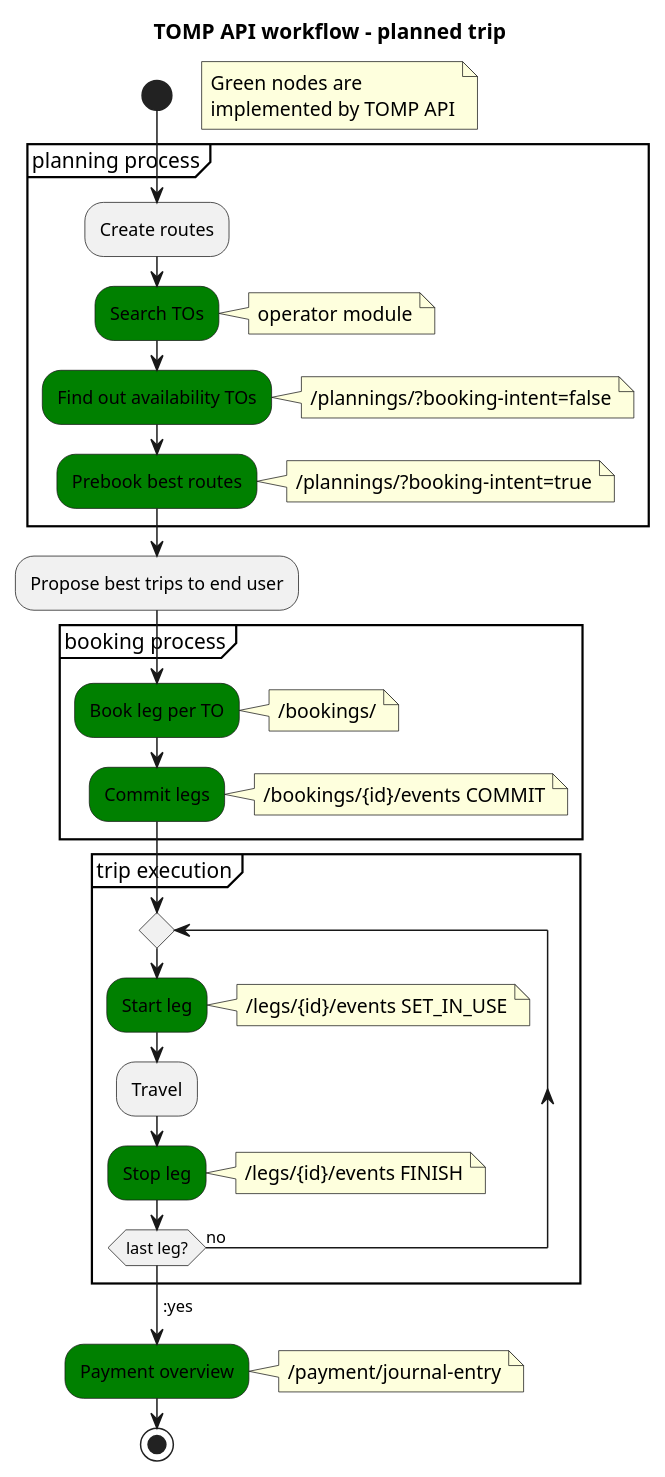
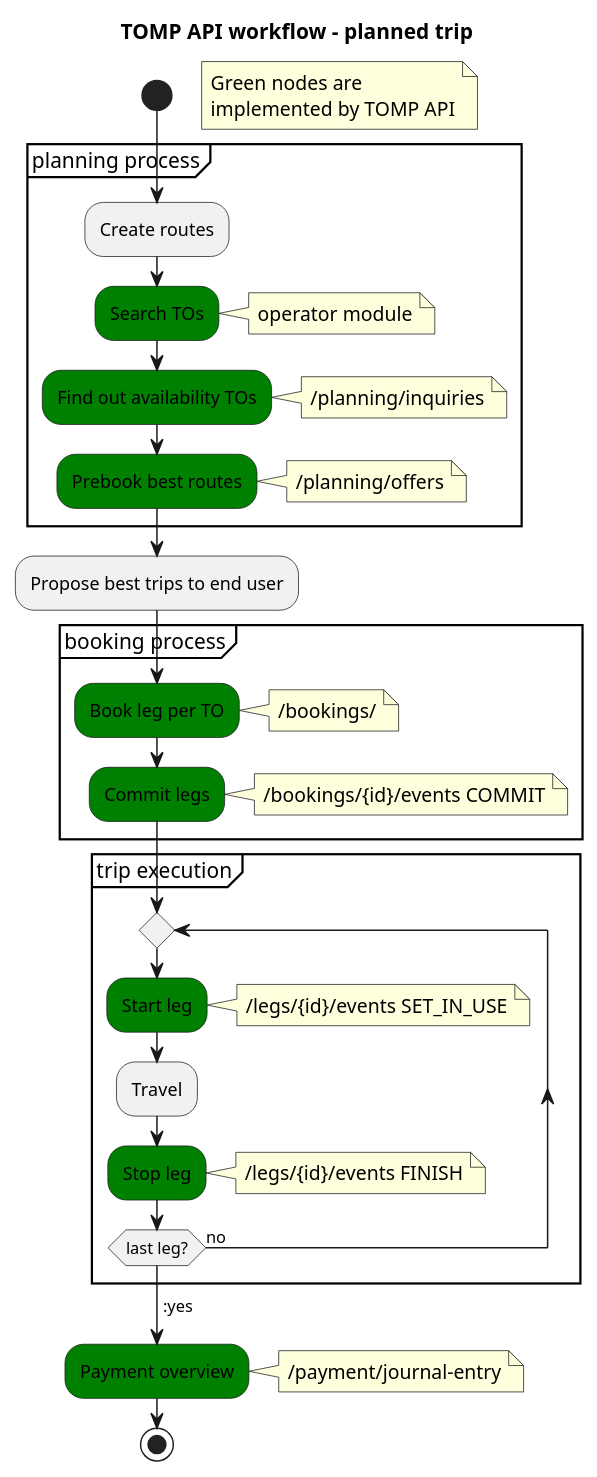
One commit to TOMP-WG/TOMP-API changed the diagram in plantuml/planned-trip-activity-diagram.plantuml. Above: the diagram before and after it, drawn with PlantUML.

Commit message:
plantuml change 1.3.0

```diff
--- a/plantuml/planned-trip-activity-diagram.plantuml
+++ b/plantuml/planned-trip-activity-diagram.plantuml
@@ -1,60 +1,60 @@
-@startuml
+@startuml planned-trip
 
 title TOMP API workflow - planned trip
 
 start
 
 floating note right: Green nodes are \nimplemented by TOMP API
 
 partition "planning process" {
 :Create routes;
 #green:Search TOs;
 note right
   operator module
 end note
 #green:Find out availability TOs;
 note right
-  /plannings/?booking-intent=false
+  /planning/inquiries
 end note
 #green:Prebook best routes;
 note right
-  /plannings/?booking-intent=true
+  /planning/offers
 end note
 }
 
 :Propose best trips to end user;
 
 partition "booking process" {
 #green:Book leg per TO;
 note right
   /bookings/
 end note
 #green:Commit legs;
 note right
   /bookings/{id}/events COMMIT
 end note
 }
 
 partition "trip execution" {
 repeat 
 #green:Start leg;
 note right
   /legs/{id}/events SET_IN_USE
 end note
 :Travel;
 #green:Stop leg;
 note right
   /legs/{id}/events FINISH
 end note
 repeat while (last leg?) is (no)
 ->:yes;
 }
 
 #green:Payment overview;
 note right
   /payment/journal-entry
 end note
 
 stop
 
 @enduml
```
